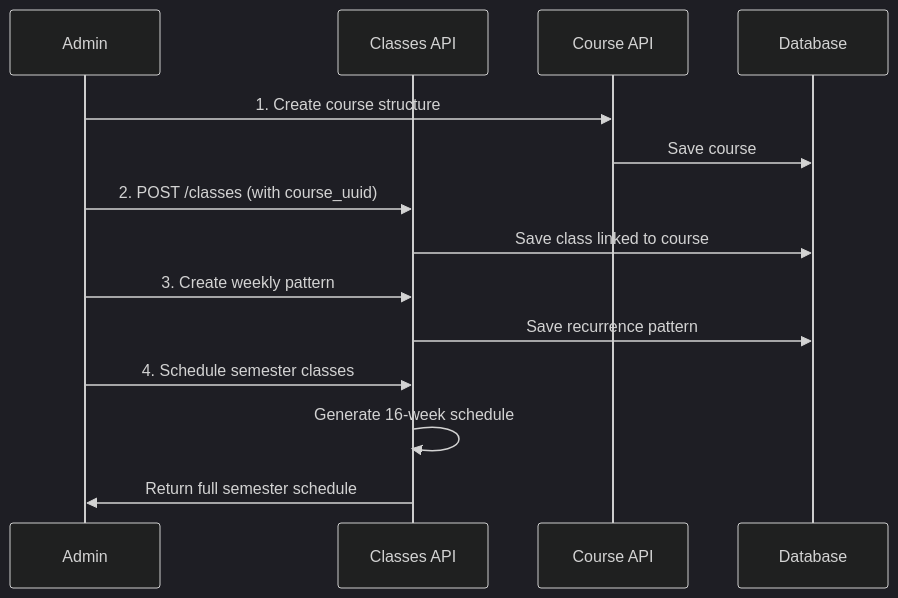
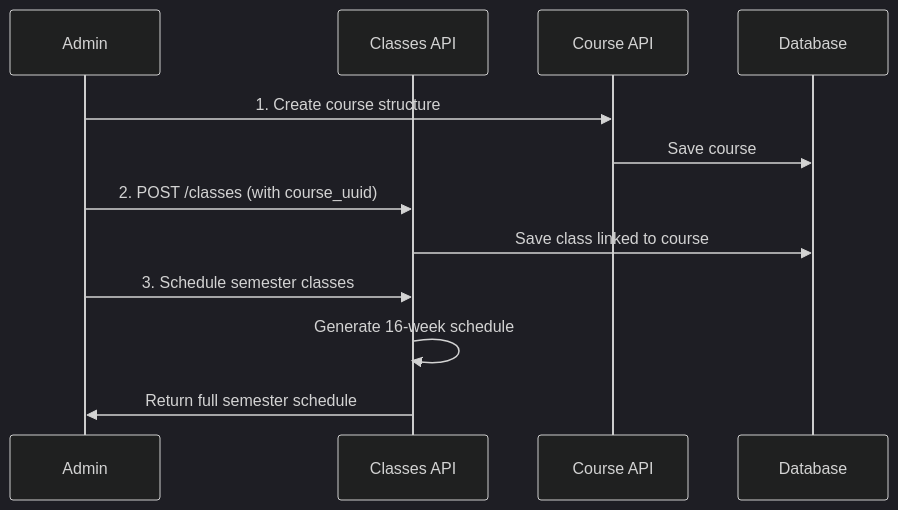
One commit to sarafrika/elimika changed the third of 5 diagrams in docs/guides/ClassDefinitionsManagementGuide.md. Above: the diagram before and after it, drawn with Mermaid (dark theme). The commit also changed other lines of this file and 31 other files, not shown here.

````diff
--- a/docs/guides/ClassDefinitionsManagementGuide.md
+++ b/docs/guides/ClassDefinitionsManagementGuide.md
@@ -70,20 +63,17 @@
 ```mermaid
 sequenceDiagram
     participant A as Admin
     participant API as Classes API
     participant C as Course API
     participant DB as Database
 
     A->>C: 1. Create course structure
     C->>DB: Save course
 
     A->>API: 2. POST /classes (with course_uuid)
     API->>DB: Save class linked to course
 
-    A->>API: 3. Create weekly pattern
-    API->>DB: Save recurrence pattern
-
-    A->>API: 4. Schedule semester classes
+    A->>API: 3. Schedule semester classes
     API->>API: Generate 16-week schedule
     API->>A: Return full semester schedule
 ```
````
